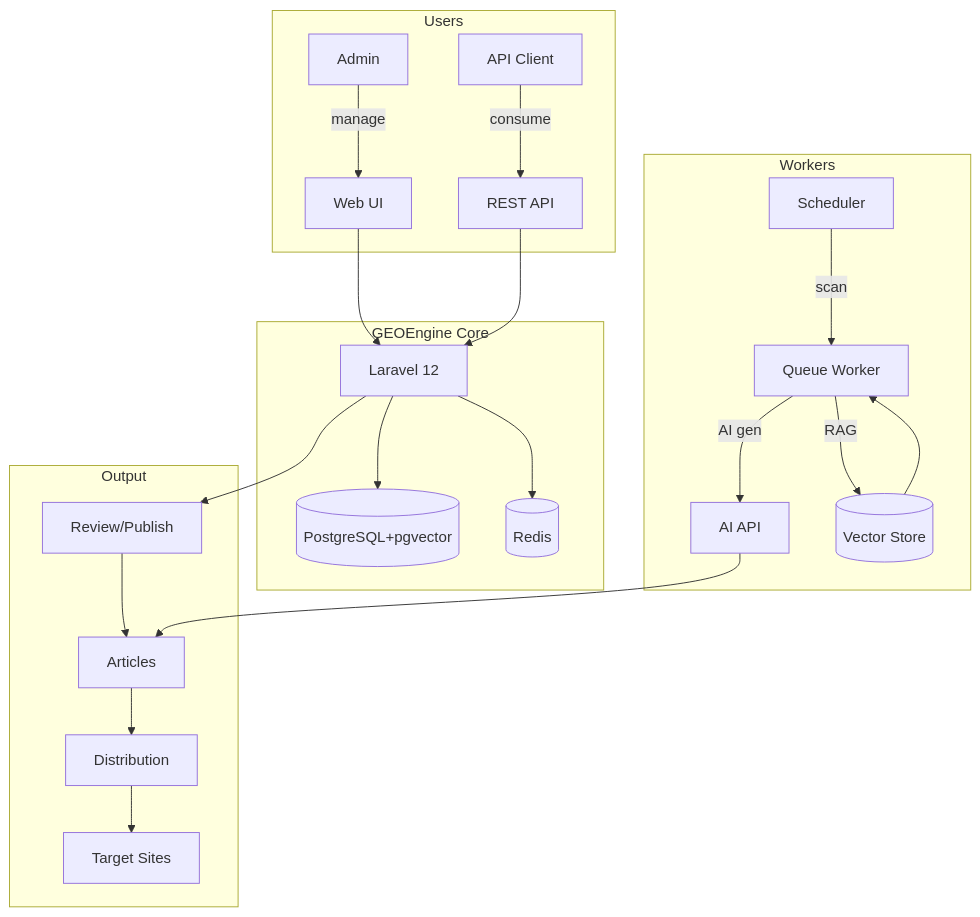
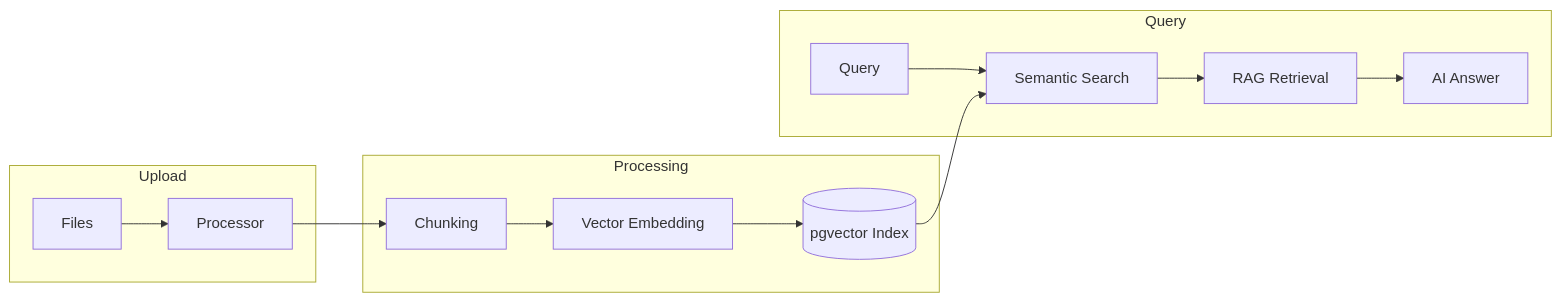
The diagram in README.md (justmicos/geo-engine), drawn with Mermaid before and after one commit. The commit also changed other lines of this file and 8 other files, not shown here.

````diff
--- a/README.md
+++ b/README.md
@@ -21,24 +41,17 @@
 ```mermaid
-flowchart TB
-    subgraph User["Users"]
-        A[Admin] -->|manage| B[Web UI]
-        C[API Client] -->|consume| D[REST API]
+flowchart LR
+    subgraph Input["Upload"]
+        A[Files] --> P[Processor]
     end
-    subgraph Core["GEOEngine Core"]
-        B --> E[Laravel 12]
-        D --> E
-        E --> F[(PostgreSQL+pgvector)]
-        E --> G[(Redis)]
+    subgraph Process["Processing"]
+        P --> CH[Chunking]
+        CH --> V[Vector Embedding]
+        V --> I[(pgvector Index)]
     end
-    subgraph Workers["Workers"]
-        H[Scheduler] -->|scan| I[Queue Worker]
-        I -->|AI gen| J[AI API]
-        I -->|RAG| K[(Vector Store)]
+    subgraph Query["Query"]
+        Q[Query] --> S[Semantic Search]
+        S --> R[RAG Retrieval]
+        R --> AI[AI Answer]
+        I --> S
     end
-    subgraph Output["Output"]
-        L[Review/Publish] --> M[Articles]
-        M --> N[Distribution]
-        N --> O[Target Sites]
-    end
-    E --> L; J --> M; K --> I
 ```
````
